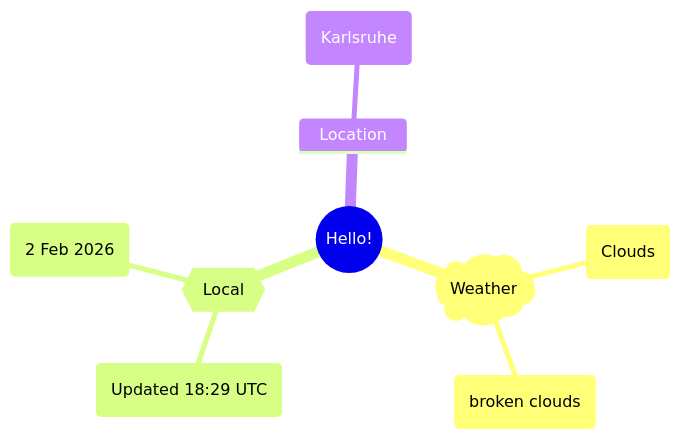
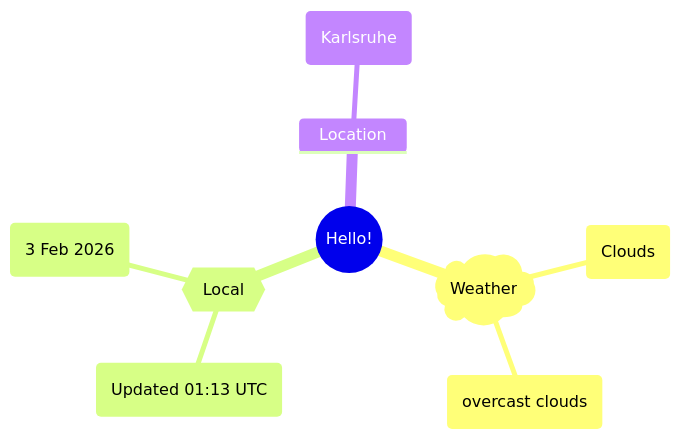
Before and after one commit to Xosrov/Xosrov: the first of 2 diagrams in README.md, drawn with Mermaid.

Commit message:
[bot] updated images

````diff
--- a/README.md
+++ b/README.md
@@ -3,12 +3,12 @@
 ```mermaid
 mindmap
   root((Hello!))
     )Weather(
         (Clouds)
-        (broken clouds)
+        (overcast clouds)
     {{Local}}
-        (Updated 18:29 UTC)
-        (2 Feb 2026)
+        (Updated 01:13 UTC)
+        (3 Feb 2026)
     Location
         (Karlsruhe)
 ```
````
